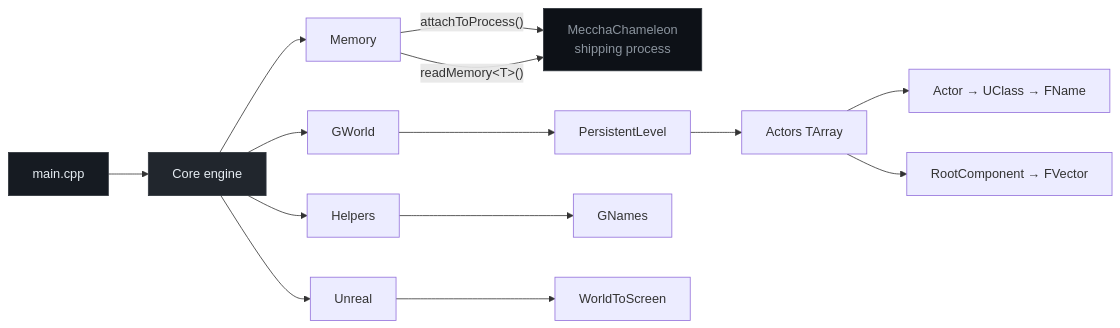
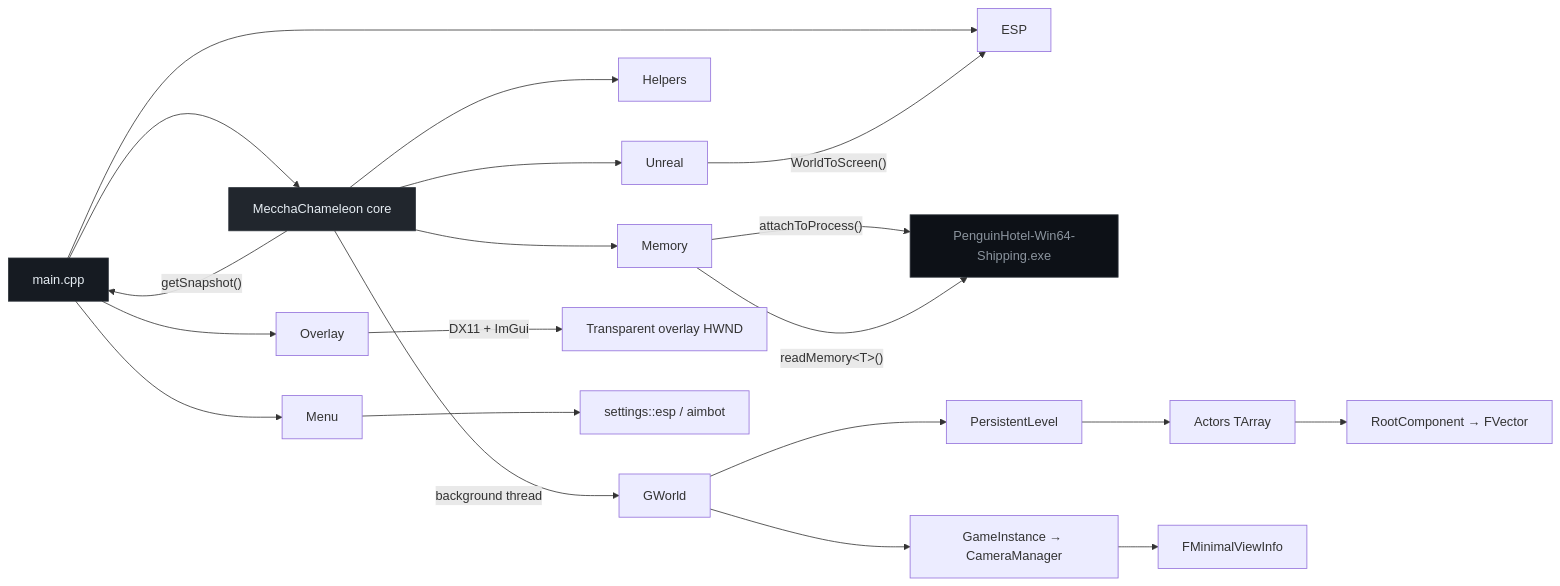
The diagram in README.md (ToldByNun/MecchaChameleon-External-Cheat), drawn with Mermaid before and after one commit. The commit also changed other lines of this file and 16 other files, not shown here.

First line of the commit message:
Add background polling, ESP, overlay & menu refactor

````diff
--- a/README.md
+++ b/README.md
@@ -80,23 +88,31 @@
 ```mermaid
 flowchart LR
-    A["main.cpp"] --> B["Core engine"]
+    A["main.cpp"] --> B["MecchaChameleon core"]
+    A --> O["Overlay"]
+    A --> M["Menu"]
+    A --> E["ESP"]
+
     B --> C["Memory"]
     B --> D["Helpers"]
-    B --> E["Unreal"]
+    B --> U["Unreal"]
 
-    C -->|"attachToProcess()"| F["MecchaChameleon<br/>shipping process"]
+    C -->|"attachToProcess()"| F["PenguinHotel-Win64-Shipping.exe"]
     C -->|"readMemory&lt;T&gt;()"| F
 
-    B --> G["GWorld"]
+    B -->|"background thread"| G["GWorld"]
     G --> H["PersistentLevel"]
     H --> I["Actors TArray"]
-    I --> J["Actor → UClass → FName"]
-    I --> K["RootComponent → FVector"]
+    I --> J["RootComponent → FVector"]
 
-    D --> L["GNames"]
-    E --> M["WorldToScreen"]
+    G --> K["GameInstance → CameraManager"]
+    K --> L["FMinimalViewInfo"]
+
+    B -->|"getSnapshot()"| A
+    U -->|"WorldToScreen()"| E
+    O -->|"DX11 + ImGui"| N["Transparent overlay HWND"]
+    M --> S["settings::esp / aimbot"]
 
     style A fill:#161b22,color:#e6edf3,stroke:#30363d
     style B fill:#21262d,color:#e6edf3,stroke:#30363d
     style F fill:#0d1117,color:#8b949e,stroke:#30363d
 ```
````
